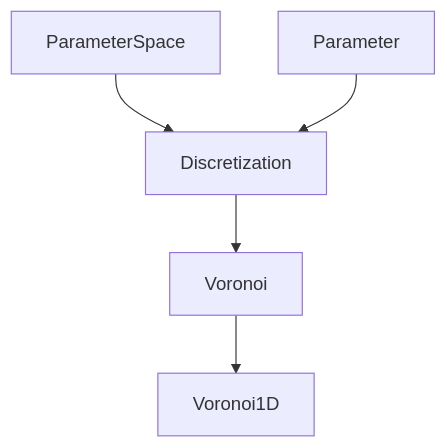
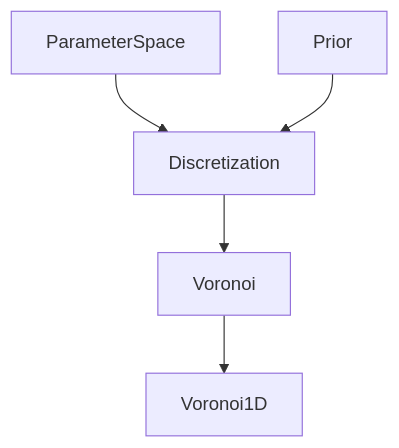
One commit to fmagrini/bayes-bay changed the diagram in docs/source/api/api_standard_discretization.rst. Above: the diagram before and after it, drawn with Mermaid. The commit also changed 38 other files, not shown here.

```diff
--- a/docs/source/api/api_standard_discretization.rst
+++ b/docs/source/api/api_standard_discretization.rst
@@ -7,7 +7,7 @@
 .. mermaid::
 
    graph TD;
        ParameterSpace-->Discretization;
-       Parameter-->Discretization;
+       Prior-->Discretization;
        Discretization-->Voronoi;
        Voronoi-->Voronoi1D;
```
